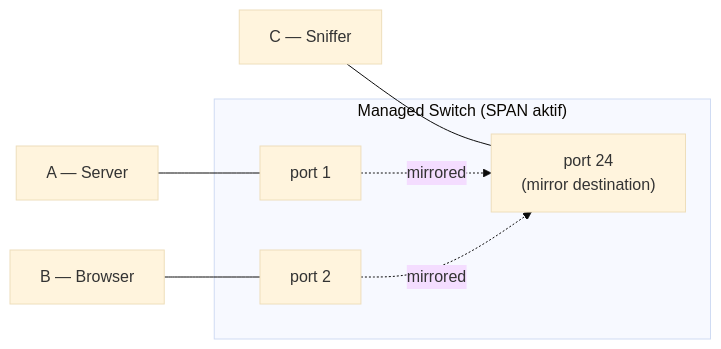
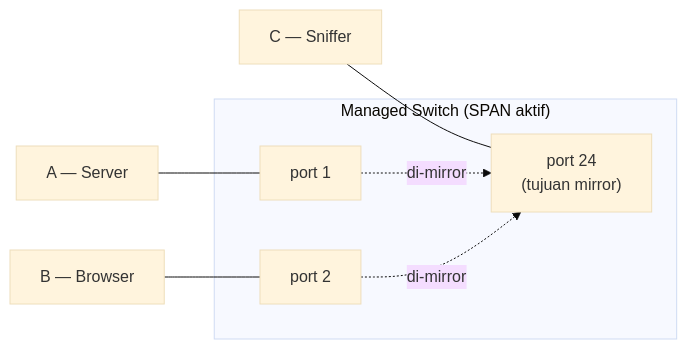
The fifth of 5 diagrams in demo/login-sniffing/README.md (endymuhardin/materi-kuliah-jaringan-komputer), drawn with Mermaid (base theme) before and after one commit. The commit also changed other lines of this file, not shown here.

````diff
--- a/demo/login-sniffing/README.md
+++ b/demo/login-sniffing/README.md
@@ -253,16 +253,16 @@
 ```mermaid
 flowchart LR
     A["A — Server"]
     B["B — Browser"]
     C["C — Sniffer"]
     subgraph SW["Managed Switch (SPAN aktif)"]
         p1["port 1"]
         p2["port 2"]
-        pM["port 24<br/>(mirror destination)"]
+        pM["port 24<br/>(tujuan mirror)"]
     end
     A --- p1
     B --- p2
     C --- pM
-    p1 -. mirrored .-> pM
-    p2 -. mirrored .-> pM
+    p1 -. di-mirror .-> pM
+    p2 -. di-mirror .-> pM
 ```
````
